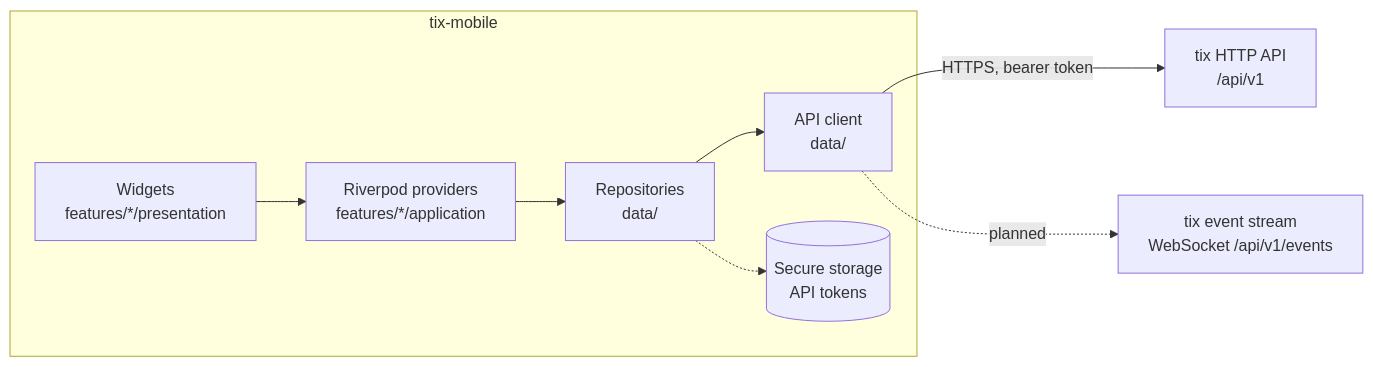
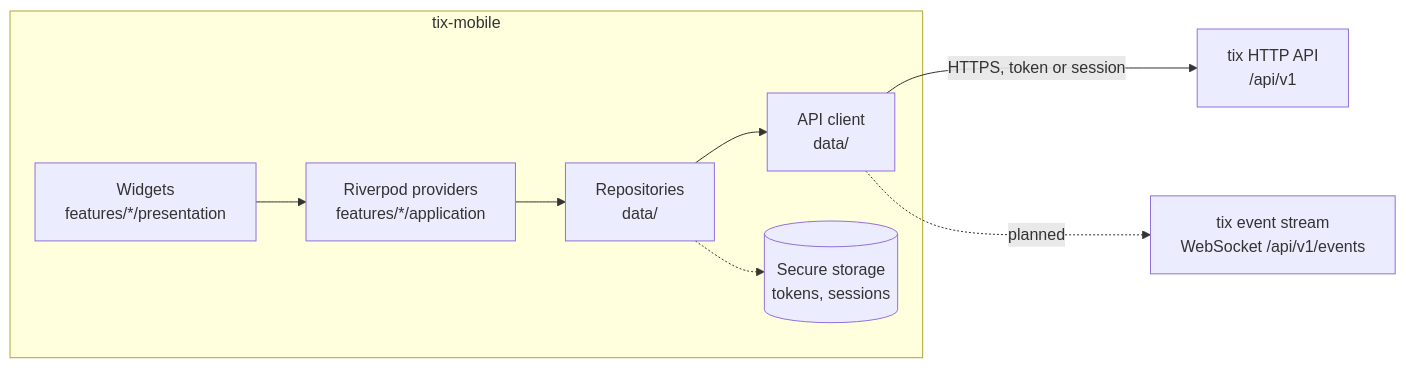
The diagram in README.md (Heliopsy/tix-mobile), drawn with Mermaid before and after one commit. The commit also changed other lines of this file and 1 other file, not shown here.

Commit message:
docs: describe instances, connections and how sessions are sent

````diff
--- a/README.md
+++ b/README.md
@@ -166,11 +169,11 @@
 ```mermaid
 flowchart LR
   subgraph app["tix-mobile"]
     UI["Widgets<br/>features/*/presentation"] --> P["Riverpod providers<br/>features/*/application"]
     P --> R["Repositories<br/>data/"]
     R --> C["API client<br/>data/"]
-    R -.-> S[("Secure storage<br/>API tokens")]
+    R -.-> S[("Secure storage<br/>tokens, sessions")]
   end
-  C -- "HTTPS, bearer token" --> API["tix HTTP API<br/>/api/v1"]
+  C -- "HTTPS, token or session" --> API["tix HTTP API<br/>/api/v1"]
   C -. "planned" .-> WS["tix event stream<br/>WebSocket /api/v1/events"]
 ```
````
